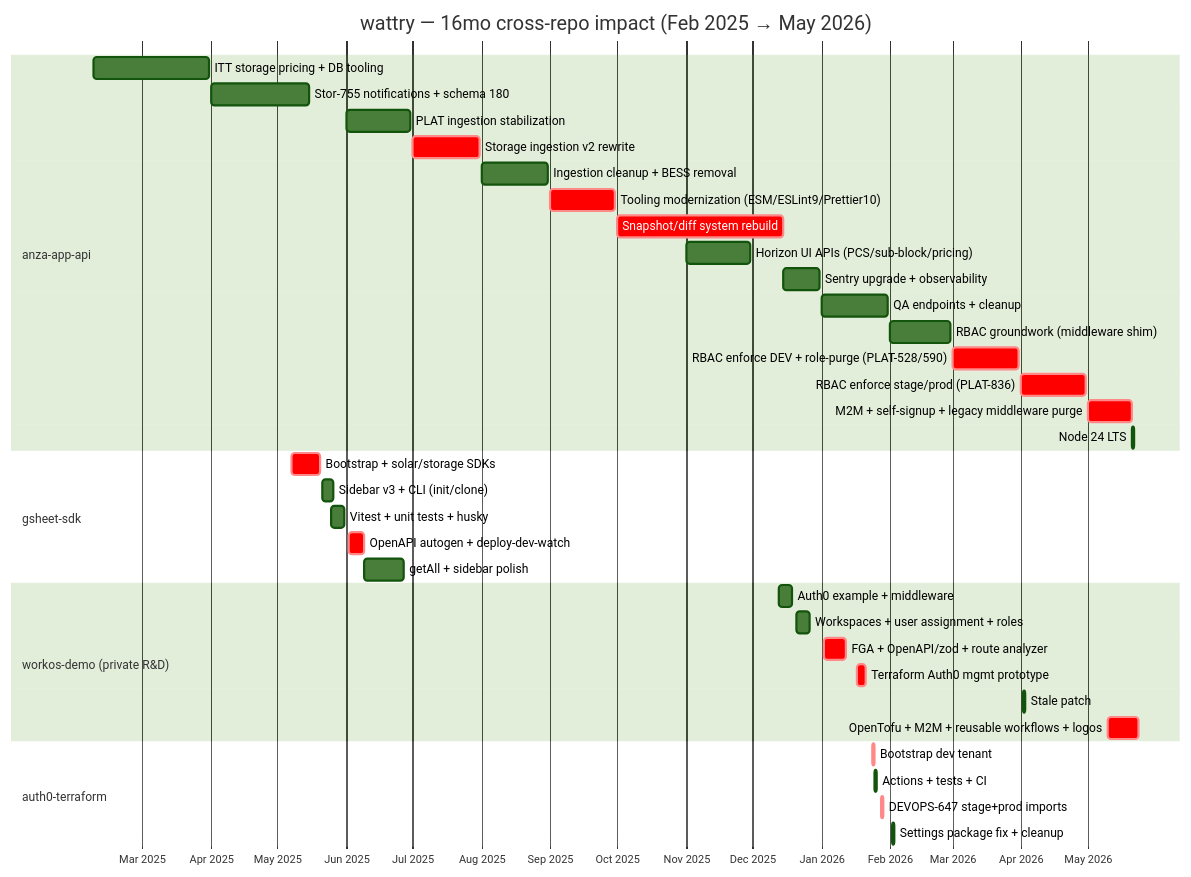
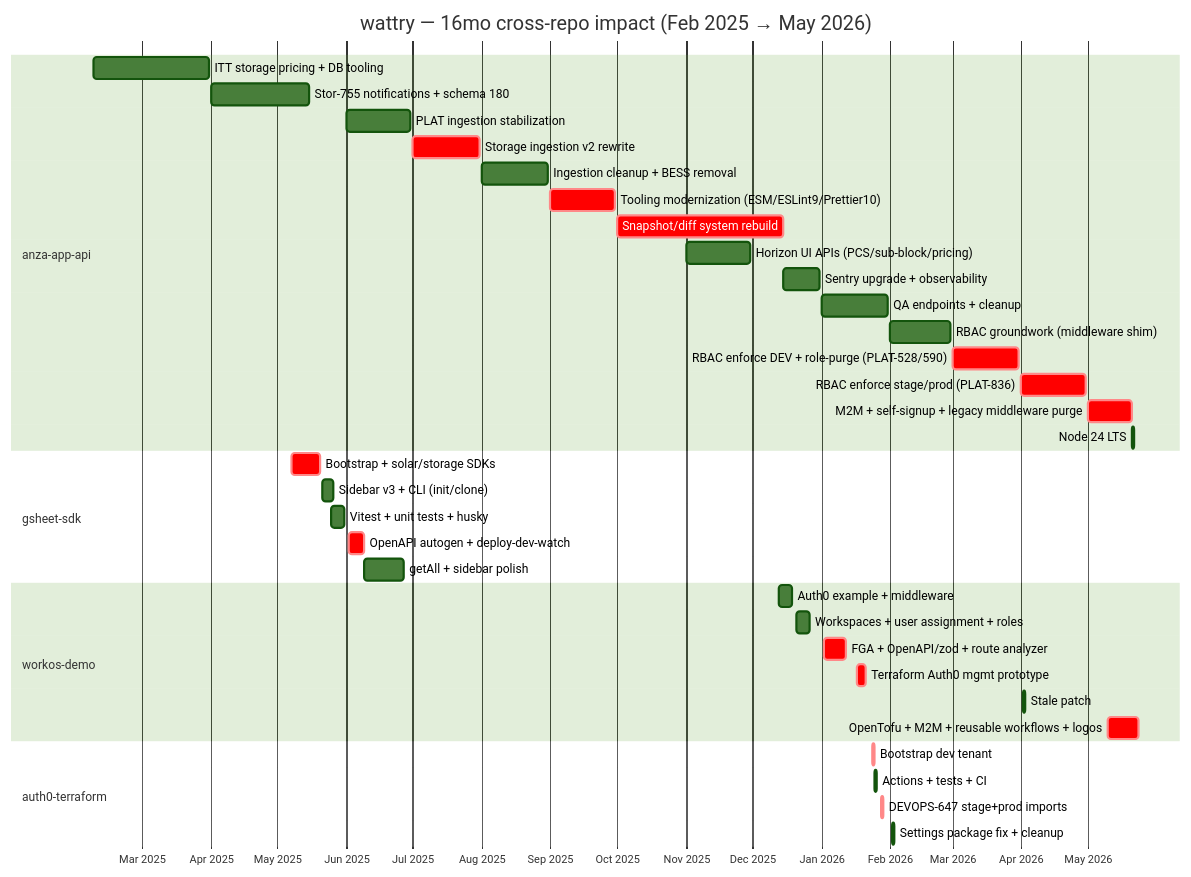
Before and after one commit to wattry/wattry.dev: the diagram in src/work/2026-05-26-wattry-gantt.mmd, drawn with Mermaid (forest theme). The commit also changed 1 other file, not shown here.

```diff
--- a/src/work/2026-05-26-wattry-gantt.mmd
+++ b/src/work/2026-05-26-wattry-gantt.mmd
@@ -1,42 +1,42 @@
 gantt
     title wattry — 16mo cross-repo impact (Feb 2025 → May 2026)
     dateFormat YYYY-MM-DD
     axisFormat %b %Y
 
     section anza-app-api
     ITT storage pricing + DB tooling           :a1, 2025-02-07, 2025-03-31
     Stor-755 notifications + schema 180        :a2, 2025-04-01, 2025-05-15
     PLAT ingestion stabilization               :a3, 2025-06-01, 2025-06-30
     Storage ingestion v2 rewrite               :crit, a4, 2025-07-01, 2025-07-31
     Ingestion cleanup + BESS removal           :a5, 2025-08-01, 2025-08-31
     Tooling modernization (ESM/ESLint9/Prettier10) :crit, a6, 2025-09-01, 2025-09-30
     Snapshot/diff system rebuild               :crit, a7, 2025-10-01, 2025-12-15
     Horizon UI APIs (PCS/sub-block/pricing)    :a9, 2025-11-01, 2025-11-30
     Sentry upgrade + observability             :a8, 2025-12-15, 2025-12-31
     QA endpoints + cleanup                     :a10, 2026-01-01, 2026-01-31
     RBAC groundwork (middleware shim)          :a11, 2026-02-01, 2026-02-28
     RBAC enforce DEV + role-purge (PLAT-528/590) :crit, a12, 2026-03-01, 2026-03-31
     RBAC enforce stage/prod (PLAT-836)         :crit, a13, 2026-04-01, 2026-04-30
     M2M + self-signup + legacy middleware purge :crit, a14, 2026-05-01, 2026-05-21
     Node 24 LTS                                :a15, 2026-05-21, 2026-05-22
 
     section gsheet-sdk
     Bootstrap + solar/storage SDKs             :crit, g1, 2025-05-07, 2025-05-20
     Sidebar v3 + CLI (init/clone)              :g2, 2025-05-21, 2025-05-26
     Vitest + unit tests + husky                :g3, 2025-05-25, 2025-05-31
     OpenAPI autogen + deploy-dev-watch         :crit, g4, 2025-06-02, 2025-06-09
     getAll + sidebar polish                    :g5, 2025-06-09, 2025-06-27
 
-    section workos-demo (private R&D)
+    section workos-demo
     Auth0 example + middleware                 :w1, 2025-12-13, 2025-12-19
     Workspaces + user assignment + roles       :w2, 2025-12-21, 2025-12-27
     FGA + OpenAPI/zod + route analyzer         :crit, w3, 2026-01-02, 2026-01-12
     Terraform Auth0 mgmt prototype             :crit, w4, 2026-01-17, 2026-01-21
     Stale patch                                :w5, 2026-04-02, 2026-04-03
     OpenTofu + M2M + reusable workflows + logos :crit, w6, 2026-05-10, 2026-05-24
 
     section auth0-terraform
     Bootstrap dev tenant                       :crit, t1, 2026-01-24, 2026-01-25
     Actions + tests + CI                       :t2, 2026-01-25, 2026-01-26
     DEVOPS-647 stage+prod imports              :crit, t3, 2026-01-28, 2026-01-29
     Settings package fix + cleanup             :t4, 2026-02-02, 2026-02-03
```
